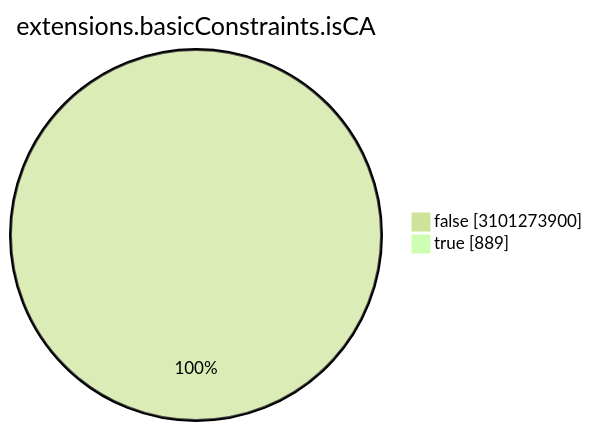
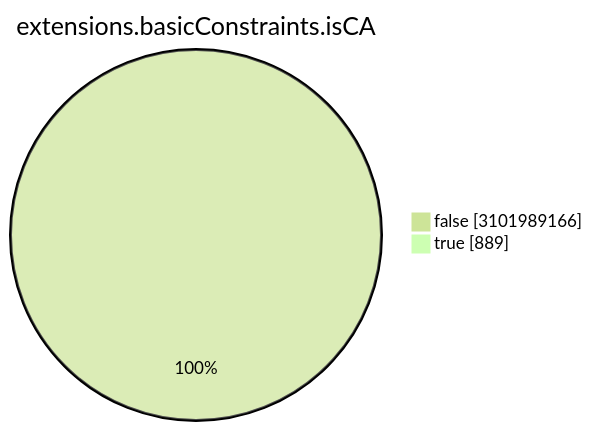
Before and after one commit to christiankrug/ctmonitor_visualization: the seventh of 15 diagrams in TOTAL/README.md, drawn with Mermaid (forest theme). The commit also changed other lines of this file, not shown here.

````diff
--- a/TOTAL/README.md
+++ b/TOTAL/README.md
@@ -3088,6 +3088,6 @@
 ```mermaid
 pie showData
 title extensions.basicConstraints.isCA
-"false" :3101273900
+"false" :3101989166
 "true" :889
 ```
````
